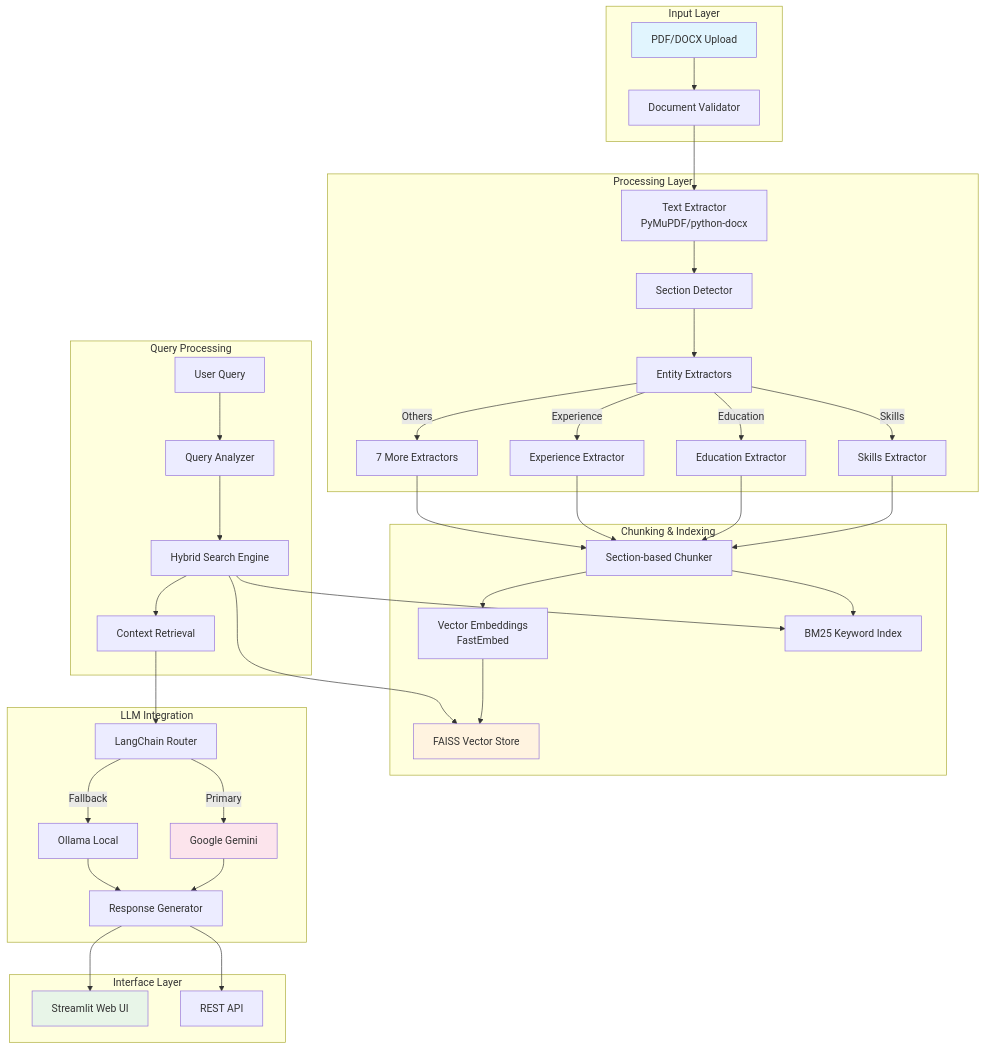
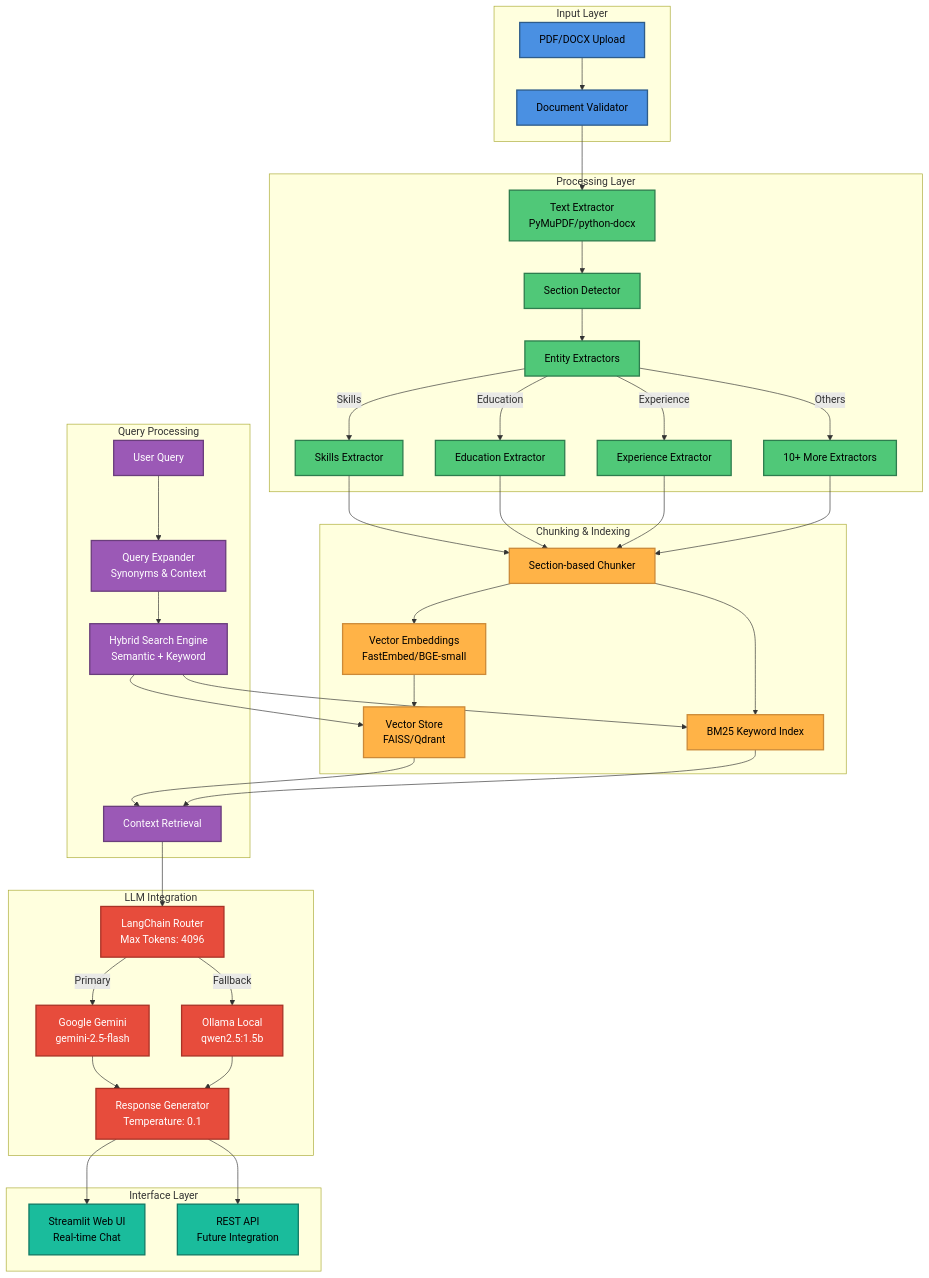
The diagram in README.md (arjun-christopher/Resume-Analysis-Agent), drawn with Mermaid before and after one commit. The commit also changed other lines of this file and 1 other file, not shown here.

````diff
--- a/README.md
+++ b/README.md
@@ -12,52 +12,72 @@
 ```mermaid
 graph TB
     subgraph "Input Layer"
         A[PDF/DOCX Upload] --> B[Document Validator]
     end
     
     subgraph "Processing Layer"
         B --> C[Text Extractor<br/>PyMuPDF/python-docx]
         C --> D[Section Detector]
         D --> E[Entity Extractors]
         E --> |Skills| E1[Skills Extractor]
         E --> |Education| E2[Education Extractor]
         E --> |Experience| E3[Experience Extractor]
-        E --> |Others| E4[7 More Extractors]
+        E --> |Others| E4[10+ More Extractors]
     end
     
     subgraph "Chunking & Indexing"
         E1 --> F[Section-based Chunker]
         E2 --> F
         E3 --> F
         E4 --> F
-        F --> G[Vector Embeddings<br/>FastEmbed]
-        G --> H[FAISS Vector Store]
+        F --> G[Vector Embeddings<br/>FastEmbed/BGE-small]
+        G --> H[Vector Store<br/>FAISS/Qdrant]
         F --> I[BM25 Keyword Index]
     end
     
     subgraph "Query Processing"
-        J[User Query] --> K[Query Analyzer]
-        K --> L[Hybrid Search Engine]
+        J[User Query] --> K[Query Expander<br/>Synonyms & Context]
+        K --> L[Hybrid Search Engine<br/>Semantic + Keyword]
         L --> H
         L --> I
-        L --> M[Context Retrieval]
+        H --> M[Context Retrieval]
+        I --> M
     end
     
     subgraph "LLM Integration"
-        M --> N[LangChain Router]
-        N --> |Primary| O[Google Gemini]
-        N --> |Fallback| P[Ollama Local]
-        O --> Q[Response Generator]
+        M --> N[LangChain Router<br/>Max Tokens: 4096]
+        N --> |Primary| O[Google Gemini<br/>gemini-2.5-flash]
+        N --> |Fallback| P[Ollama Local<br/>qwen2.5:1.5b]
+        O --> Q[Response Generator<br/>Temperature: 0.1]
         P --> Q
     end
     
     subgraph "Interface Layer"
-        Q --> R[Streamlit Web UI]
-        Q --> S[REST API]
+        Q --> R[Streamlit Web UI<br/>Real-time Chat]
+        Q --> S[REST API<br/>Future Integration]
     end
     
-    style A fill:#e1f5fe
-    style R fill:#e8f5e8
-    style H fill:#fff3e0
-    style O fill:#fce4ec
+    style A fill:#4A90E2,stroke:#2E5C8A,stroke-width:2px,color:#000
+    style B fill:#4A90E2,stroke:#2E5C8A,stroke-width:2px,color:#000
+    style C fill:#50C878,stroke:#2E7D4E,stroke-width:2px,color:#000
+    style D fill:#50C878,stroke:#2E7D4E,stroke-width:2px,color:#000
+    style E fill:#50C878,stroke:#2E7D4E,stroke-width:2px,color:#000
+    style E1 fill:#50C878,stroke:#2E7D4E,stroke-width:2px,color:#000
+    style E2 fill:#50C878,stroke:#2E7D4E,stroke-width:2px,color:#000
+    style E3 fill:#50C878,stroke:#2E7D4E,stroke-width:2px,color:#000
+    style E4 fill:#50C878,stroke:#2E7D4E,stroke-width:2px,color:#000
+    style F fill:#FFB347,stroke:#CC8A38,stroke-width:2px,color:#000
+    style G fill:#FFB347,stroke:#CC8A38,stroke-width:2px,color:#000
+    style H fill:#FFB347,stroke:#CC8A38,stroke-width:2px,color:#000
+    style I fill:#FFB347,stroke:#CC8A38,stroke-width:2px,color:#000
+    style J fill:#9B59B6,stroke:#6A3E7C,stroke-width:2px,color:#FFF
+    style K fill:#9B59B6,stroke:#6A3E7C,stroke-width:2px,color:#FFF
+    style L fill:#9B59B6,stroke:#6A3E7C,stroke-width:2px,color:#FFF
+    style M fill:#9B59B6,stroke:#6A3E7C,stroke-width:2px,color:#FFF
+    style N fill:#E74C3C,stroke:#A93226,stroke-width:2px,color:#FFF
+    style O fill:#E74C3C,stroke:#A93226,stroke-width:2px,color:#FFF
+    style P fill:#E74C3C,stroke:#A93226,stroke-width:2px,color:#FFF
+    style Q fill:#E74C3C,stroke:#A93226,stroke-width:2px,color:#FFF
+    style R fill:#1ABC9C,stroke:#117A65,stroke-width:2px,color:#000
+    style S fill:#1ABC9C,stroke:#117A65,stroke-width:2px,color:#000
 ```
````
